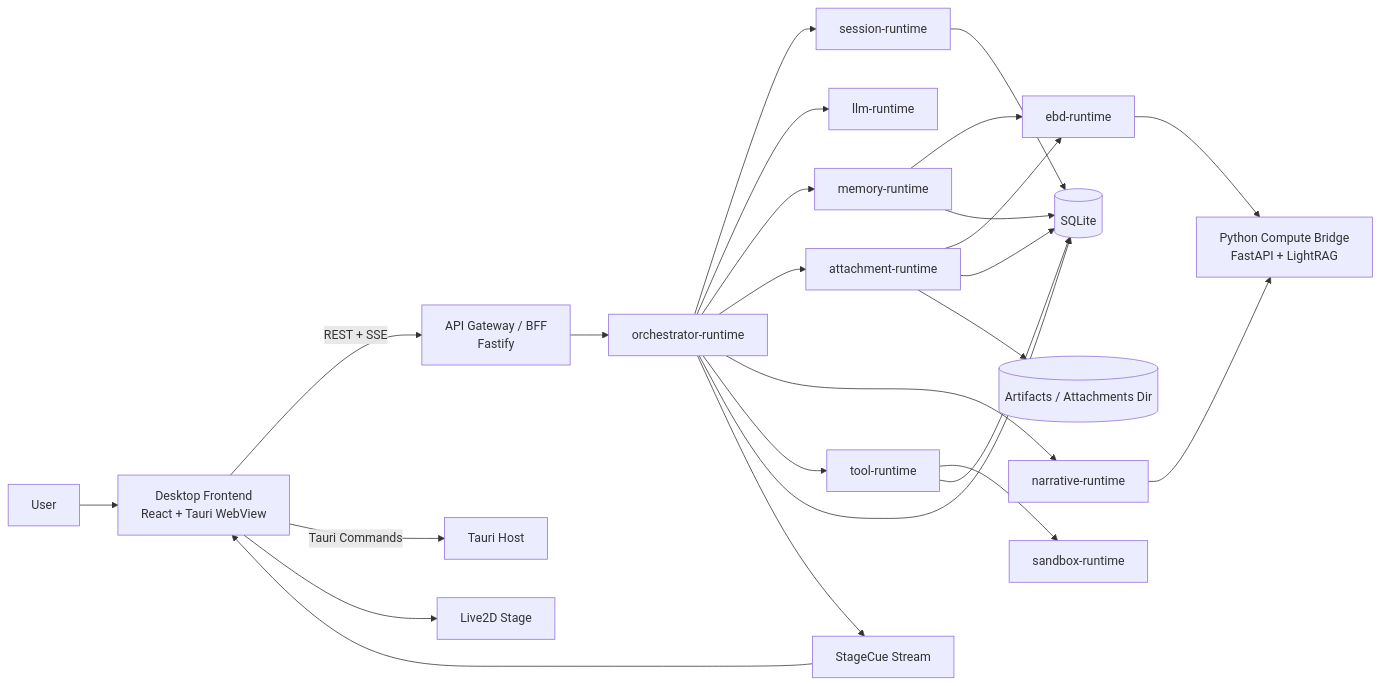
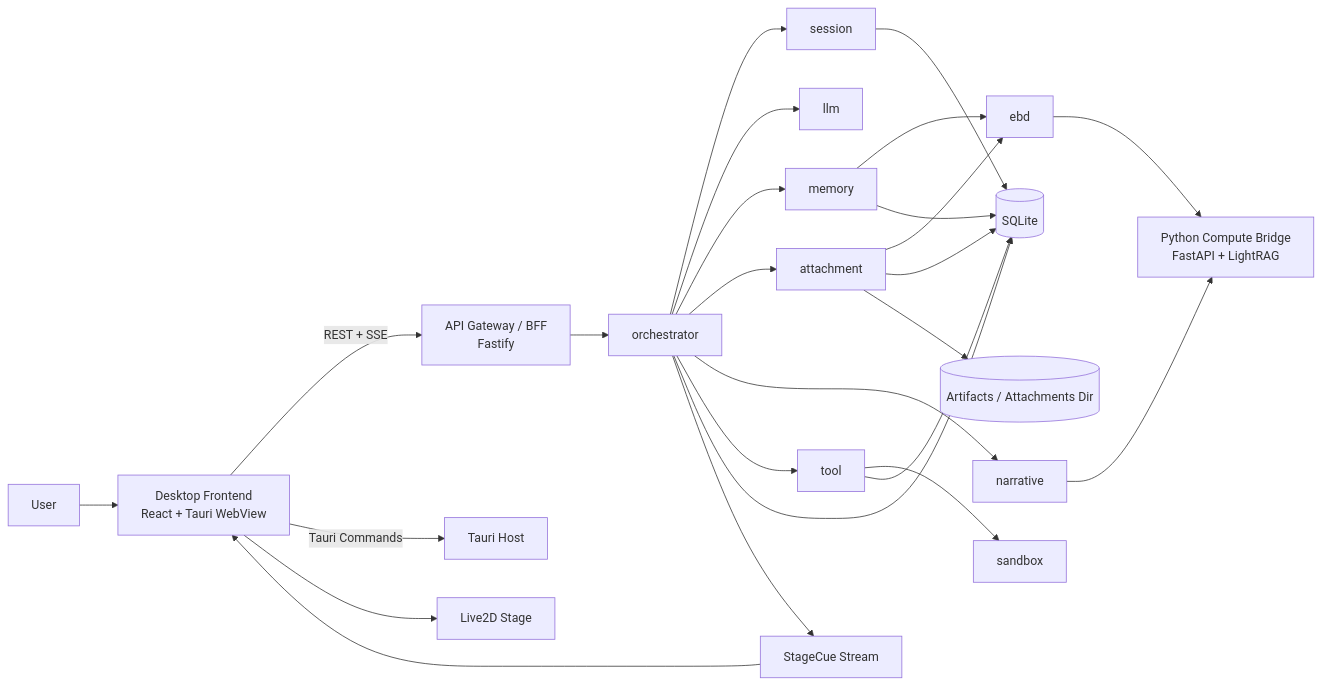
Before and after one commit to chengyuZou/EmaAgent: the first of 4 diagrams in docs/README.md, drawn with Mermaid. The commit also changed other lines of this file and 97 other files, not shown here.

````diff
--- a/docs/README.md
+++ b/docs/README.md
@@ -60,31 +60,31 @@
 ```mermaid
 flowchart LR
   U[User] --> FE[Desktop Frontend<br/>React + Tauri WebView]
   FE -->|REST + SSE| BFF[API Gateway / BFF<br/>Fastify]
   FE -->|Tauri Commands| HOST[Tauri Host]
 
-  BFF --> ORC[orchestrator-runtime]
-  ORC --> SES[session-runtime]
-  ORC --> LLM[llm-runtime]
-  ORC --> MEM[memory-runtime]
-  ORC --> ATT[attachment-runtime]
-  ORC --> NAR[narrative-runtime]
-  ORC --> TOOL[tool-runtime]
+  BFF --> ORC[orchestrator]
+  ORC --> SES[session]
+  ORC --> LLM[llm]
+  ORC --> MEM[memory]
+  ORC --> ATT[attachment]
+  ORC --> NAR[narrative]
+  ORC --> TOOL[tool]
 
-  MEM --> EBD[ebd-runtime]
+  MEM --> EBD[ebd]
   ATT --> EBD
-  TOOL --> SBOX[sandbox-runtime]
+  TOOL --> SBOX[sandbox]
   NAR --> PY[Python Compute Bridge<br/>FastAPI + LightRAG]
   EBD --> PY
 
   SES --> SQL[(SQLite)]
   MEM --> SQL
   ATT --> SQL
   TOOL --> SQL
   ORC --> SQL
 
   ATT --> FS[(Artifacts / Attachments Dir)]
   FE --> STAGE[Live2D Stage]
   ORC --> STAGEBUS[StageCue Stream]
   STAGEBUS --> FE
 ```
````
